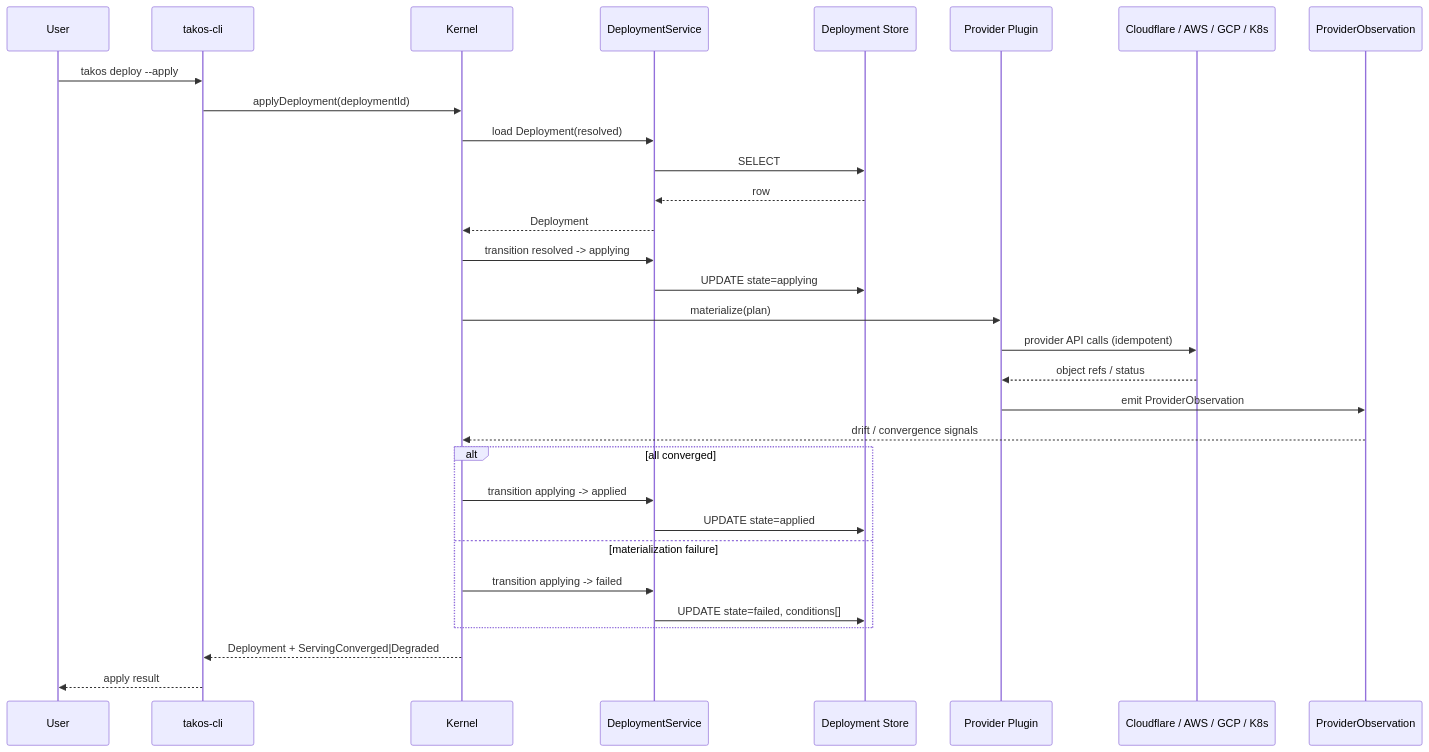
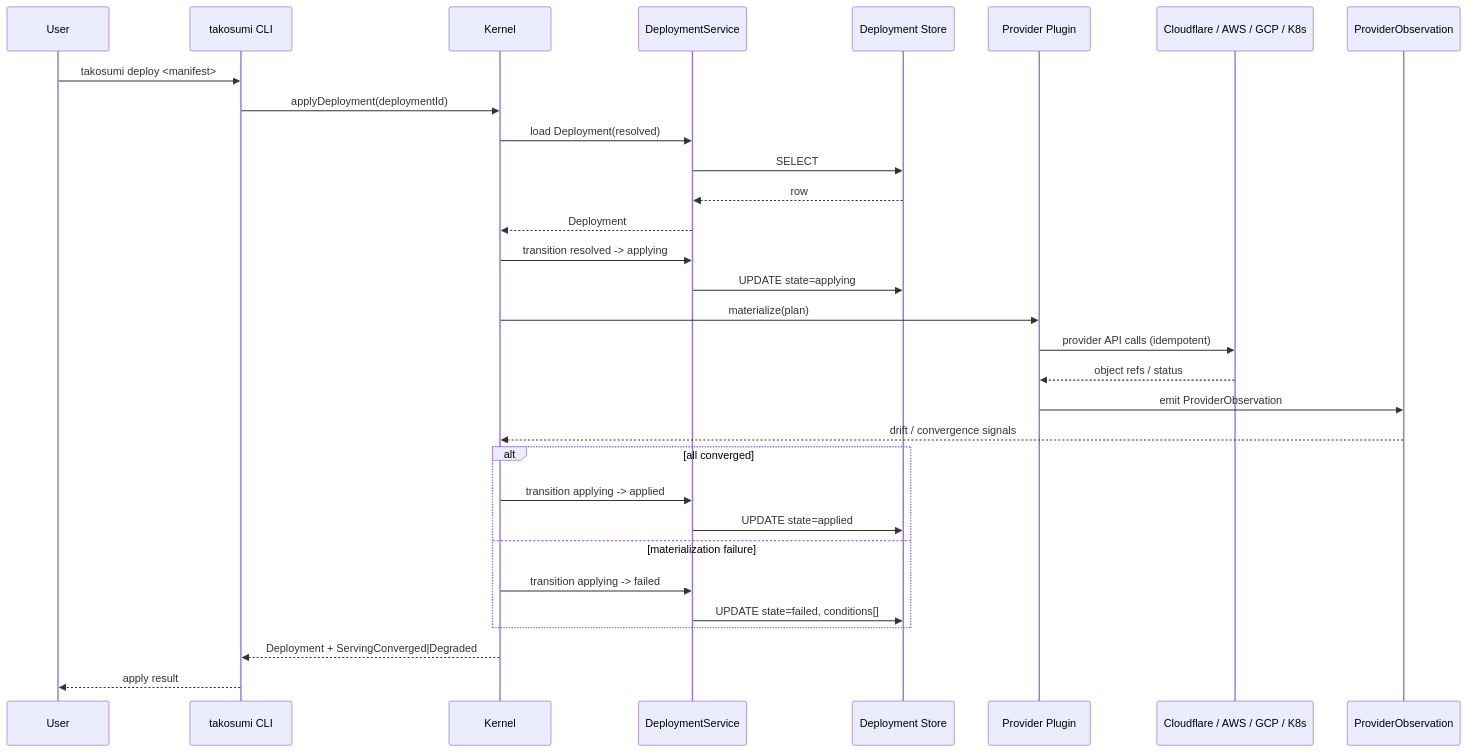
The third of 4 diagrams in docs/architecture/diagrams.md (tako0614/takos), drawn with Mermaid before and after one commit. The commit also changed 66 other files, not shown here.

````diff
--- a/docs/architecture/diagrams.md
+++ b/docs/architecture/diagrams.md
@@ -103,34 +103,34 @@
 ```mermaid
 sequenceDiagram
   participant User
-  participant CLI as takos-cli
+  participant CLI as takosumi CLI
   participant K as Kernel
   participant DS as DeploymentService
   participant DB as Deployment Store
   participant Plug as Provider Plugin
   participant Cloud as Cloudflare / AWS / GCP / K8s
   participant Obs as ProviderObservation
 
-  User->>CLI: takos deploy --apply
+  User->>CLI: takosumi deploy <manifest>
   CLI->>K: applyDeployment(deploymentId)
   K->>DS: load Deployment(resolved)
   DS->>DB: SELECT
   DB-->>DS: row
   DS-->>K: Deployment
   K->>DS: transition resolved -> applying
   DS->>DB: UPDATE state=applying
   K->>Plug: materialize(plan)
   Plug->>Cloud: provider API calls (idempotent)
   Cloud-->>Plug: object refs / status
   Plug->>Obs: emit ProviderObservation
   Obs-->>K: drift / convergence signals
   alt all converged
     K->>DS: transition applying -> applied
     DS->>DB: UPDATE state=applied
   else materialization failure
     K->>DS: transition applying -> failed
     DS->>DB: UPDATE state=failed, conditions[]
   end
   K-->>CLI: Deployment + ServingConverged|Degraded
   CLI-->>User: apply result
 ```
````
